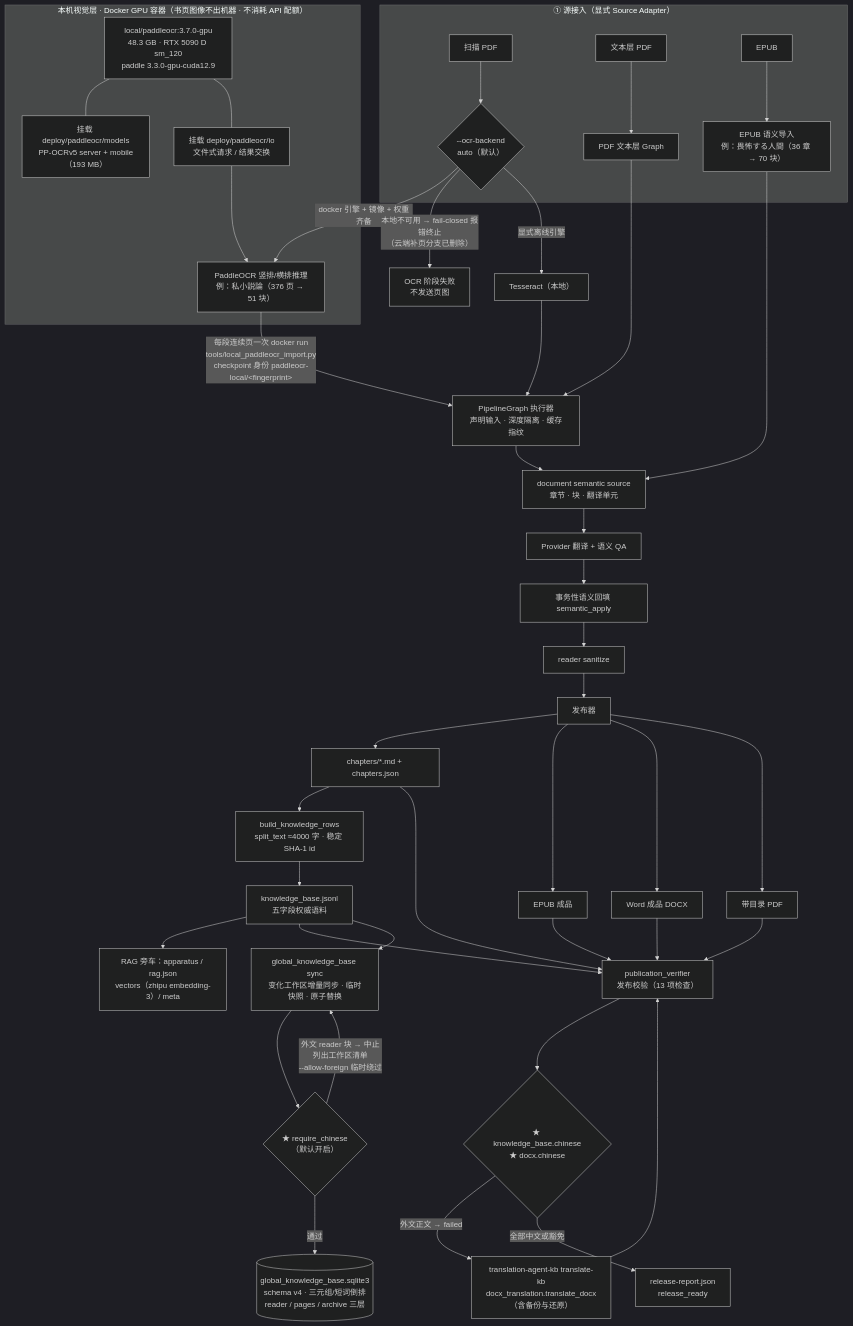
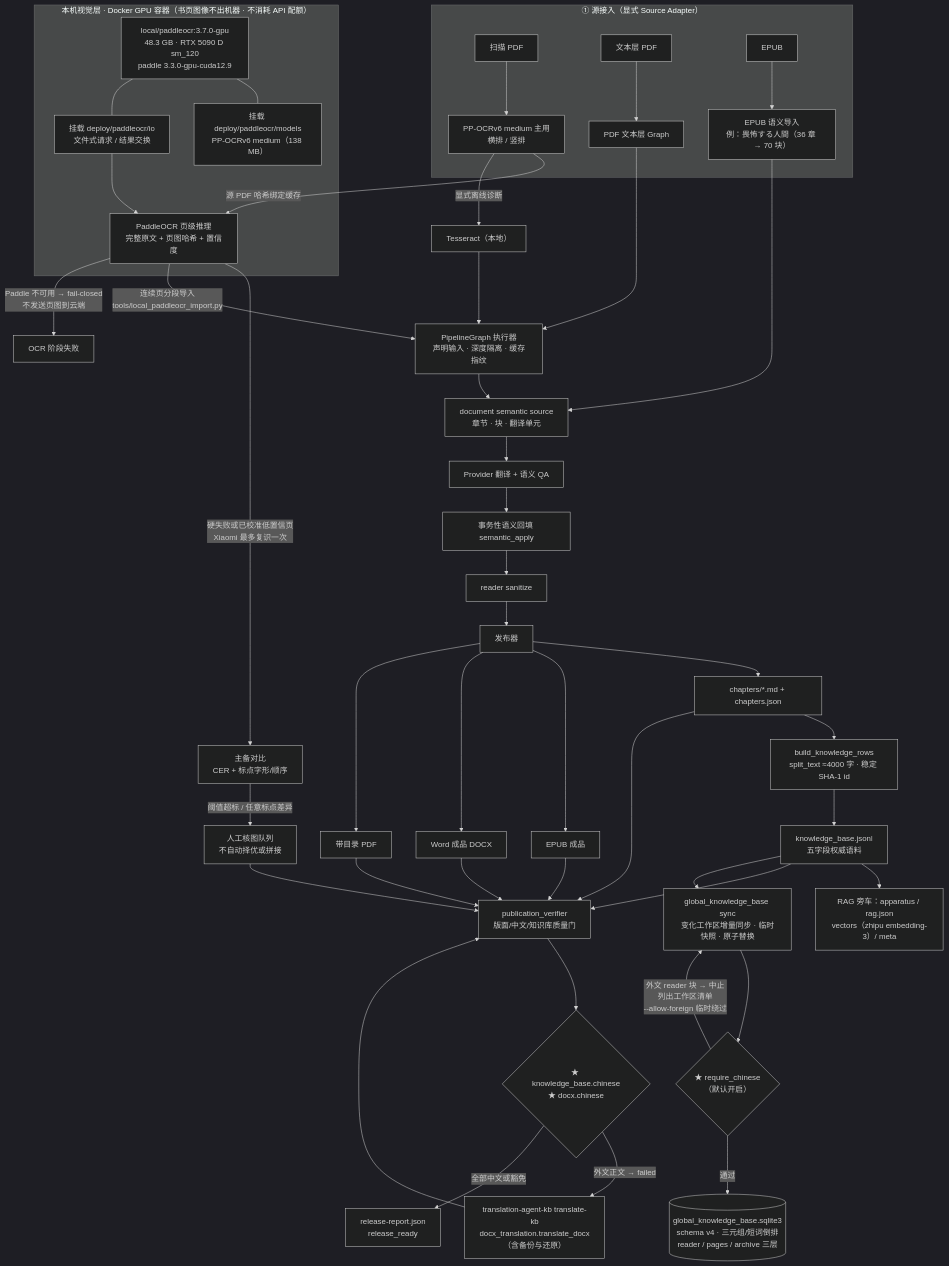
The second of 3 diagrams in docs/product-architecture.md (693623649-border/translation-agent), drawn with Mermaid (dark theme) before and after one commit. The commit also changed 54 other files, not shown here.

Commit message:
feat: harden scanned PDF OCR quality pipeline

````diff
--- a/docs/product-architecture.md
+++ b/docs/product-architecture.md
@@ -40,55 +40,58 @@
 ```mermaid
 flowchart TB
     subgraph IN["① 源接入（显式 Source Adapter）"]
-        SPDF["扫描 PDF"] --> OCRSEL{"--ocr-backend<br/>auto（默认）"}
+        SPDF["扫描 PDF"] --> OCRSEL["PP-OCRv6 medium 主用<br/>横排 / 竖排"]
         TPDF["文本层 PDF"] --> TEXT["PDF 文本层 Graph"]
         EPUBF["EPUB"] --> EIMP["EPUB 语义导入<br/>例：畏怖する人間（36 章 → 70 块）"]
     end
 
     subgraph DK["本机视觉层 · Docker GPU 容器（书页图像不出机器 · 不消耗 API 配额）"]
         IMG["local/paddleocr:3.7.0-gpu<br/>48.3 GB · RTX 5090 D sm_120<br/>paddle 3.3.0-gpu-cuda12.9"]
-        WGT["挂载 deploy/paddleocr/models<br/>PP-OCRv5 server + mobile（193 MB）"]
+        WGT["挂载 deploy/paddleocr/models<br/>PP-OCRv6 medium（138 MB）"]
         IO["挂载 deploy/paddleocr/io<br/>文件式请求 / 结果交换"]
         IMG --- WGT
         IMG --- IO
-        IO --> OCRP["PaddleOCR 竖排/横排推理<br/>例：私小説論（376 页 → 51 块）"]
+        IO --> OCRP["PaddleOCR 页级推理<br/>完整原文 + 页图哈希 + 置信度"]
     end
 
-    OCRSEL -->|"docker 引擎 + 镜像 + 权重齐备"| OCRP
-    OCRP -->|"每段连续页一次 docker run<br/>tools/local_paddleocr_import.py<br/>checkpoint 身份 paddleocr-local/&lt;fingerprint&gt;"| DAG
-    OCRSEL -->|"本地不可用 → fail-closed 报错终止<br/>（云端补页分支已删除）"| STOP["OCR 阶段失败<br/>不发送页图"]
-    OCRSEL -->|"显式离线引擎"| TESS["Tesseract（本地）"]
+    OCRSEL -->|"源 PDF 哈希绑定缓存"| OCRP
+    OCRP -->|"硬失败或已校准低置信页<br/>Xiaomi 最多复识一次"| OQ["主备对比<br/>CER + 标点字形/顺序"]
+    OQ -->|"阈值超标 / 任意标点差异"| HR["人工核图队列<br/>不自动择优或拼接"]
+    OCRP -->|"连续页分段导入<br/>tools/local_paddleocr_import.py"| DAG
+    OCRP -->|"Paddle 不可用 → fail-closed<br/>不发送页图到云端"| STOP["OCR 阶段失败"]
+    OCRSEL -->|"显式离线诊断"| TESS["Tesseract（本地）"]
     TESS --> DAG
 
     DAG["PipelineGraph 执行器<br/>声明输入 · 深度隔离 · 缓存指纹"]
     TEXT --> DAG
     EIMP --> SEM["document semantic source<br/>章节 · 块 · 翻译单元"]
     DAG --> SEM
     SEM --> TR["Provider 翻译 + 语义 QA"]
     TR --> AP["事务性语义回填 semantic_apply"]
     AP --> SZ["reader sanitize"]
     SZ --> PB["发布器"]
 
     PB --> CH["chapters/*.md + chapters.json"]
     PB --> EO["EPUB 成品"]
     PB --> DO["Word 成品 DOCX"]
     PB --> PO["带目录 PDF"]
     CH --> KR["build_knowledge_rows<br/>split_text ≈4000 字 · 稳定 SHA-1 id"]
     KR --> KBJ["knowledge_base.jsonl<br/>五字段权威语料"]
     KBJ --> RG["RAG 旁车：apparatus / rag.json<br/>vectors（zhipu embedding-3）/ meta"]
 
-    CH --> VF["publication_verifier<br/>发布校验（13 项检查）"]
+    CH --> VF["publication_verifier<br/>版面/中文/知识库质量门"]
     KBJ --> VF
     DO --> VF
     EO --> VF
     PO --> VF
+    HR --> VF
     VF --> LANG1{"★ knowledge_base.chinese<br/>★ docx.chinese"}
     LANG1 -->|"外文正文 → failed"| TRK["translation-agent-kb translate-kb<br/>docx_translation.translate_docx<br/>（含备份与还原）"]
     TRK --> VF
     LANG1 -->|"全部中文或豁免"| RR["release-report.json<br/>release_ready"]
 
     KBJ --> GS["global_knowledge_base sync<br/>变化工作区增量同步 · 临时快照 · 原子替换"]
     GS --> LANG2{"★ require_chinese<br/>（默认开启）"}
     LANG2 -->|"外文 reader 块 → 中止<br/>列出工作区清单<br/>--allow-foreign 临时绕过"| GS
     LANG2 -->|"通过"| GDB[("global_knowledge_base.sqlite3<br/>schema v4 · 三元组/短词倒排<br/>reader / pages / archive 三层")]
 ```
````
